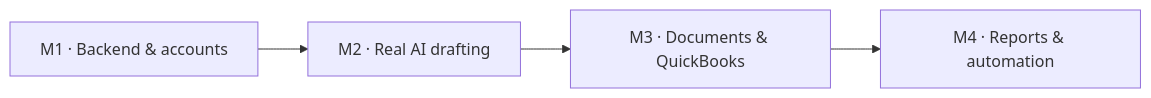
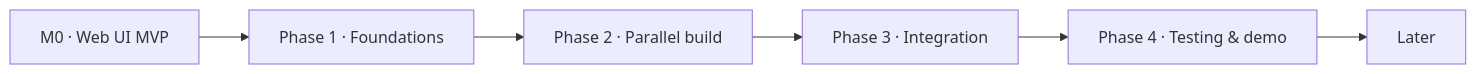
One commit to noddle-Cake/grantit changed the diagram in docs/roadmap.md. Above: the diagram before and after it, drawn with Mermaid. The commit also changed other lines of this file and 3 other files, not shown here.

````diff
--- a/docs/roadmap.md
+++ b/docs/roadmap.md
@@ -7,10 +7,14 @@
 ```mermaid
 flowchart LR
-  M1["M1 · Backend & accounts"]
-  M2["M2 · Real AI drafting"]
-  M3["M3 · Documents & QuickBooks"]
-  M4["M4 · Reports & automation"]
+  M1["M0 · Web UI MVP"]
+  M2["Phase 1 · Foundations"]
+  M3["Phase 2 · Parallel build"]
+  M4["Phase 3 · Integration"]
+  M5["Phase 4 · Testing & demo"]
+  M6["Later"]
   M1 --> M2
   M2 --> M3
   M3 --> M4
+  M4 --> M5
+  M5 --> M6
 ```
````
